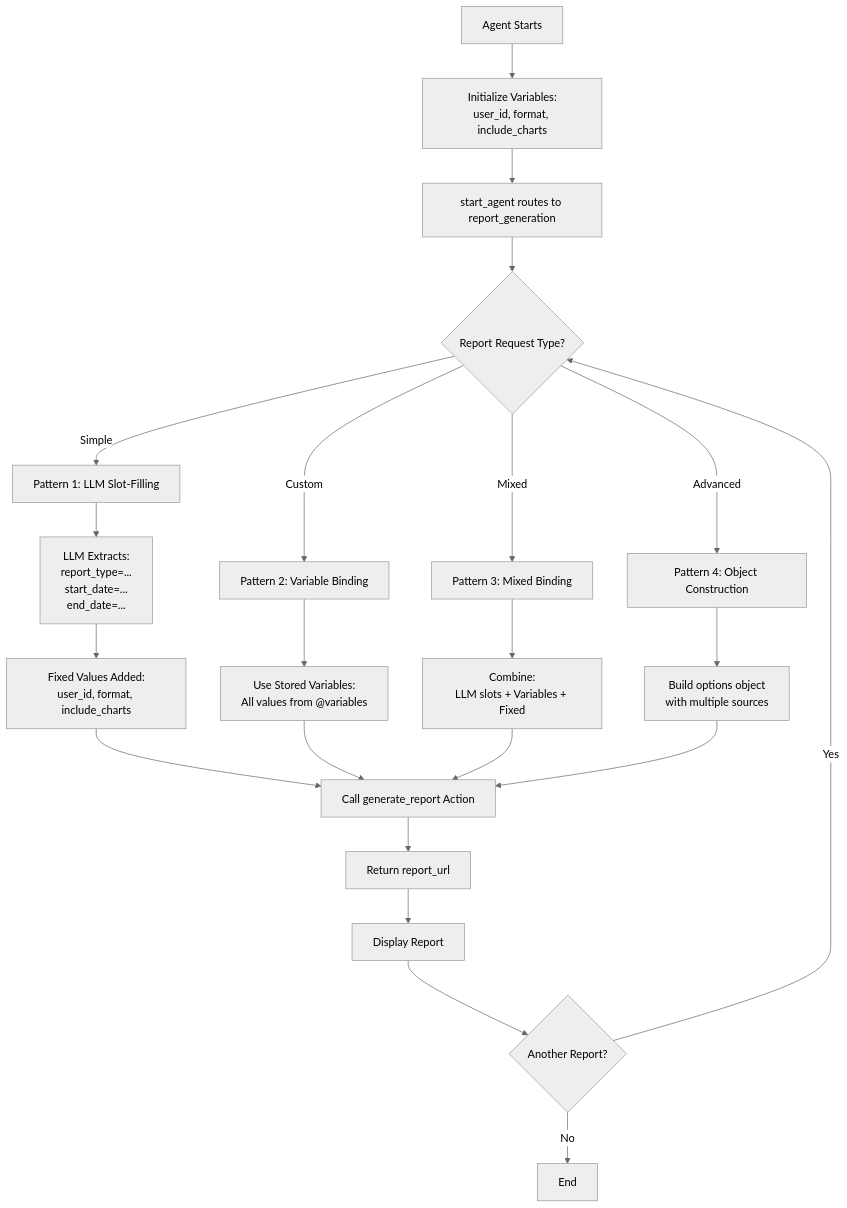
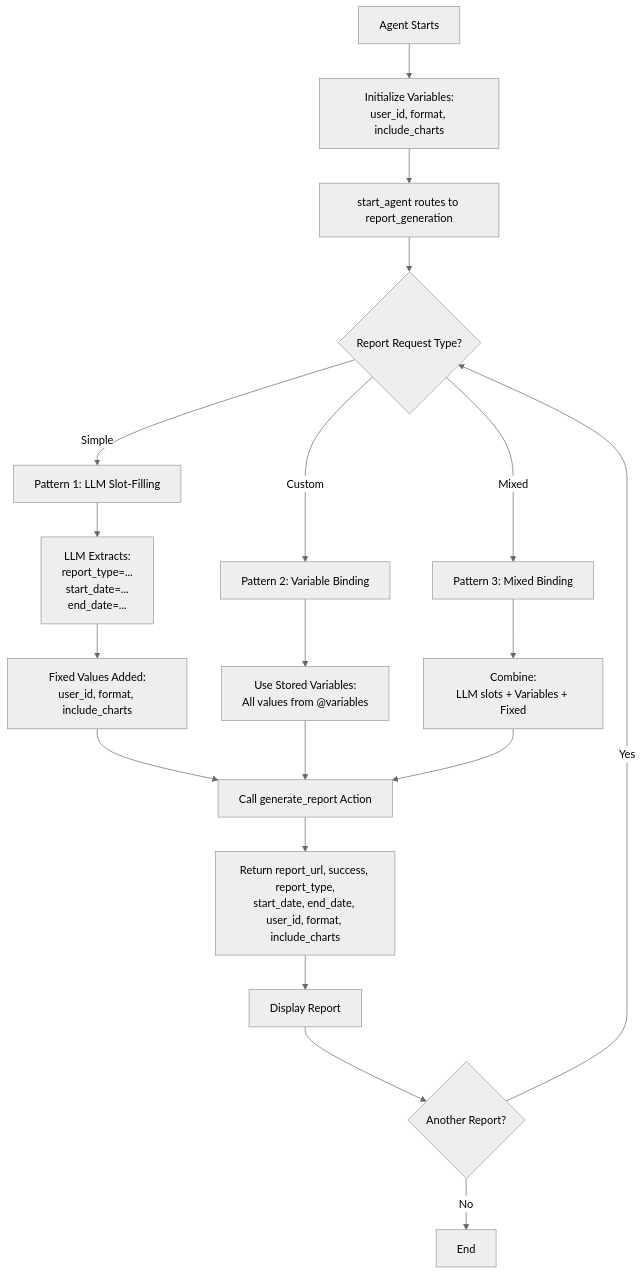
One commit to YashwanthRao95/agent-script-recipes changed the diagram in force-app/main/02_actionConfiguration/advancedInputBindings/README.md. Above: the diagram before and after it, drawn with Mermaid. The commit also changed other lines of this file and 13 other files, not shown here.

````diff
--- a/force-app/main/02_actionConfiguration/advancedInputBindings/README.md
+++ b/force-app/main/02_actionConfiguration/advancedInputBindings/README.md
@@ -9,25 +9,22 @@
 ```mermaid
 %%{init: {'theme':'neutral'}}%%
 graph TD
     A[Agent Starts] --> B[Initialize Variables:<br/>user_id, format, include_charts]
     B --> C[start_agent routes to report_generation]
     C --> D{Report Request Type?}
     D -->|Simple| E[Pattern 1: LLM Slot-Filling]
     E --> F[LLM Extracts:<br/>report_type=...<br/>start_date=...<br/>end_date=...]
     F --> G[Fixed Values Added:<br/>user_id, format, include_charts]
     G --> H[Call generate_report Action]
     D -->|Custom| I[Pattern 2: Variable Binding]
     I --> J[Use Stored Variables:<br/>All values from @variables]
     J --> H
     D -->|Mixed| K[Pattern 3: Mixed Binding]
     K --> L[Combine:<br/>LLM slots + Variables + Fixed]
     L --> H
-    D -->|Advanced| M[Pattern 4: Object Construction]
-    M --> N[Build options object<br/>with multiple sources]
-    N --> H
-    H --> O[Return report_url]
+    H --> O[Return report_url, success, report_type,<br/>start_date, end_date, user_id, format, include_charts]
     O --> P[Display Report]
     P --> Q{Another Report?}
     Q -->|Yes| D
     Q -->|No| R[End]
 ```
````
